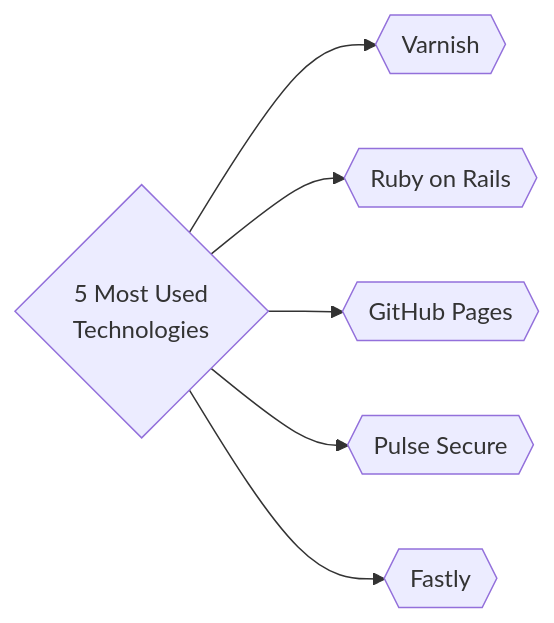
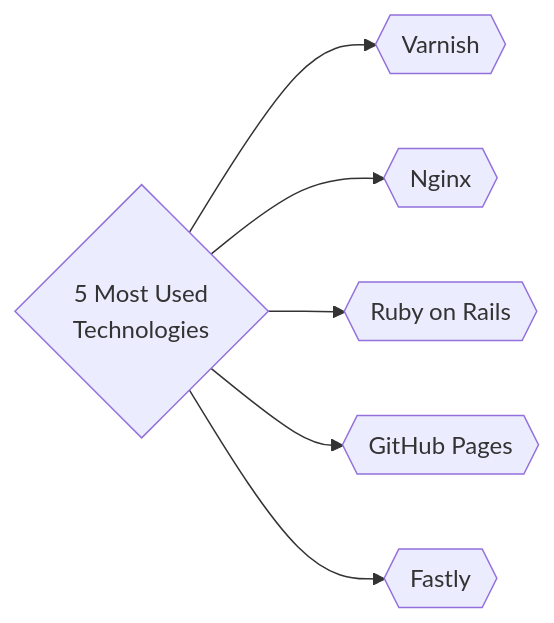
The third of 3 diagrams in README.md (trickest/inventory), drawn with Mermaid before and after one commit. The commit also changed other lines of this file, not shown here.

````diff
--- a/README.md
+++ b/README.md
@@ -185,8 +185,8 @@
 ```mermaid
 graph LR
 title{5 Most Used<br>Technologies} --> tech1{{Varnish}}
-title --> tech2{{Ruby on Rails}}
-title --> tech3{{GitHub Pages}}
-title --> tech4{{Pulse Secure}}
+title --> tech2{{Nginx}}
+title --> tech3{{Ruby on Rails}}
+title --> tech4{{GitHub Pages}}
 title --> tech5{{Fastly}}
 ```
````
